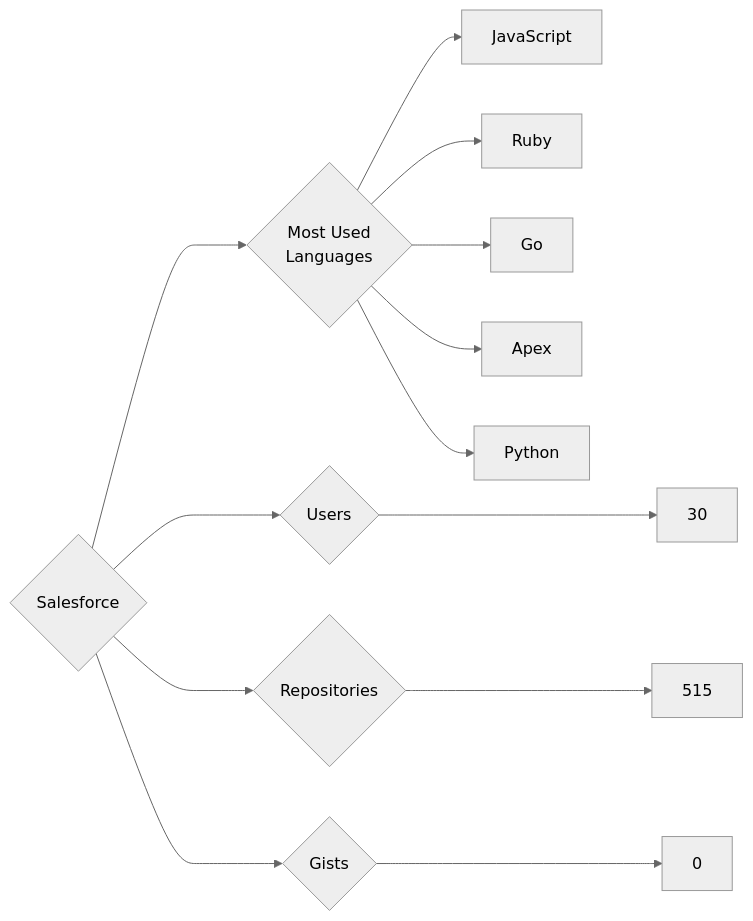
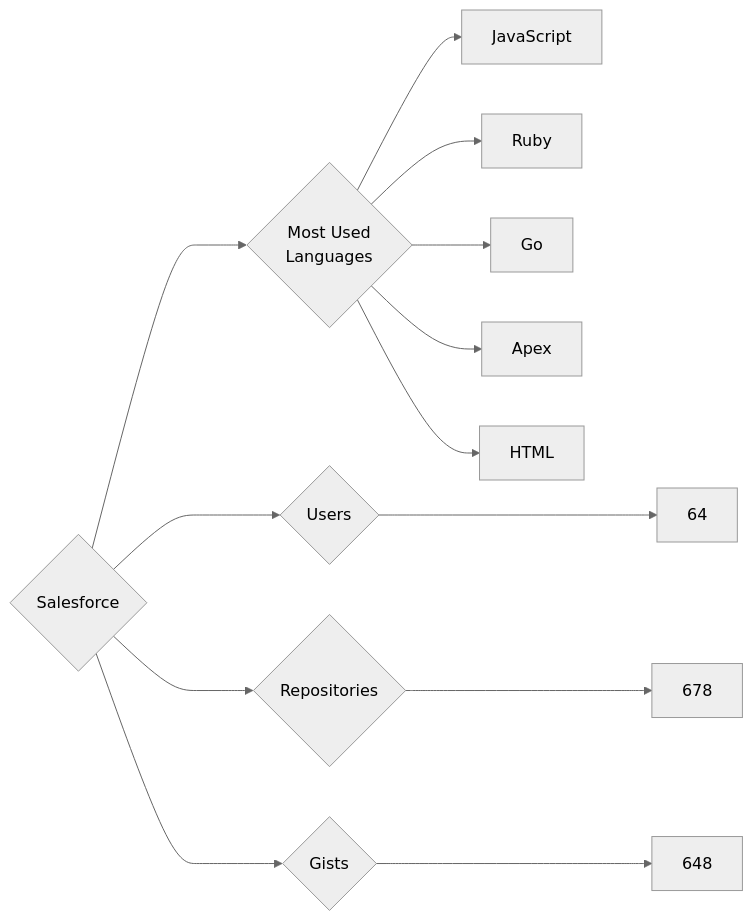
One commit to trickest/insiders changed the diagram in targets/Salesforce/README.md. Above: the diagram before and after it, drawn with Mermaid (neutral theme). The commit also changed 997 other files, not shown here.

````diff
--- a/targets/Salesforce/README.md
+++ b/targets/Salesforce/README.md
@@ -3,13 +3,13 @@
 ```mermaid
 graph LR
 COMPANY_NAME{Salesforce}
-COMPANY_NAME ---> U{Users} ---> UN[30]
-COMPANY_NAME ---> R{Repositories} ---> RN[515]
-COMPANY_NAME ---> G{Gists} ---> GN[0]
+COMPANY_NAME ---> U{Users} ---> UN[64]
+COMPANY_NAME ---> R{Repositories} ---> RN[678]
+COMPANY_NAME ---> G{Gists} ---> GN[648]
 COMPANY_NAME ---> ML{Most Used<br>Languages}
-ML --> JavaScript
-ML --> Ruby
-ML --> Go
-ML --> Apex
-ML --> Python
+ML --> JavaScript[JavaScript]
+ML --> Ruby[Ruby]
+ML --> Go[Go]
+ML --> Apex[Apex]
+ML --> HTML[HTML]
 ```
````
